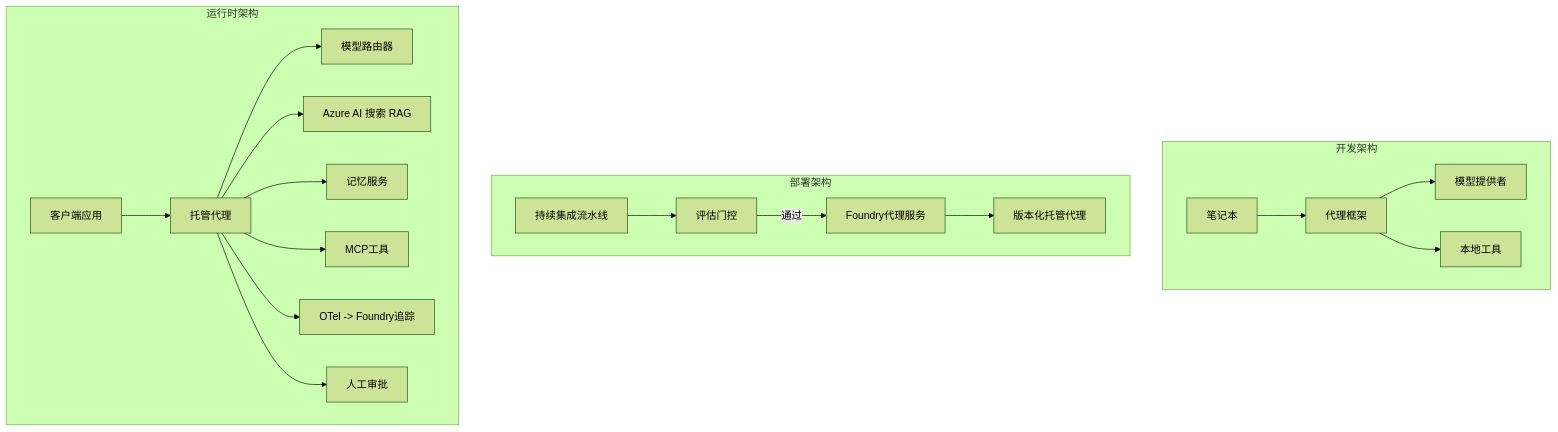
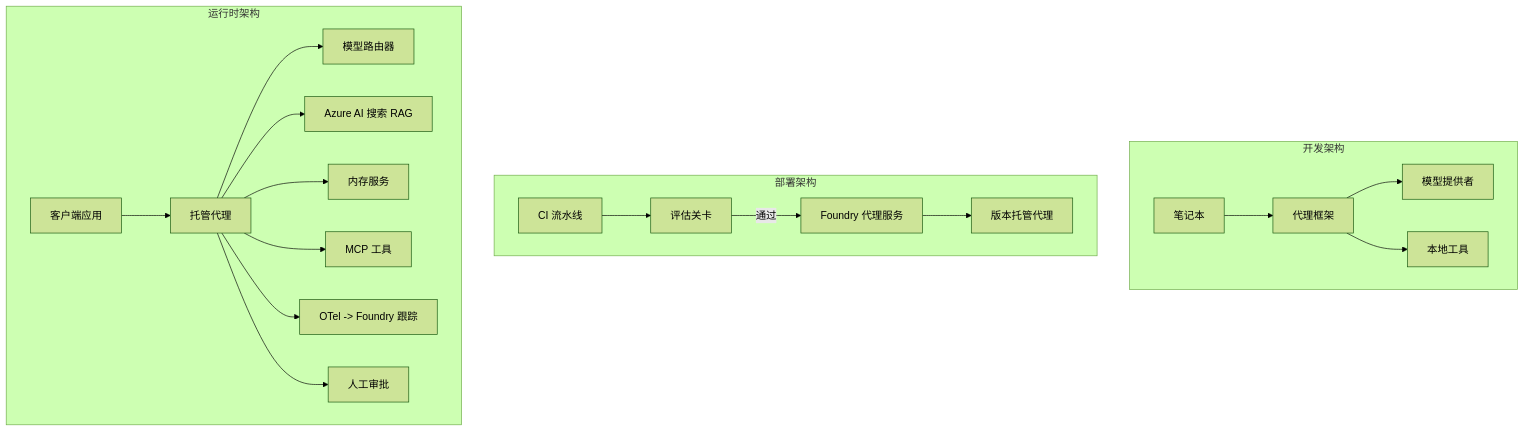
Before and after one commit to gabrielmoreira/agent-skills-mirror: the fourth of 4 diagrams in mirrors/repos/microsoft@ai-agents-for-beginners/translations/zh-CN/16-deploying-scalable-agents/README.md, drawn with Mermaid (forest theme). The commit also changed other lines of this file and 3581 other files, not shown here.

````diff
--- a/mirrors/repos/microsoft@ai-agents-for-beginners/translations/zh-CN/16-deploying-scalable-agents/README.md
+++ b/mirrors/repos/microsoft@ai-agents-for-beginners/translations/zh-CN/16-deploying-scalable-agents/README.md
@@ -185,22 +185,22 @@
 ```mermaid
 flowchart TB
     subgraph Dev[开发架构]
         D1[笔记本] --> D2[代理框架]
         D2 --> D3[模型提供者]
         D2 --> D4[本地工具]
     end
     subgraph Deploy[部署架构]
-        E1[持续集成流水线] --> E2[评估门控]
-        E2 -->|通过| E3[Foundry代理服务]
-        E3 --> E4[版本化托管代理]
+        E1[CI 流水线] --> E2[评估关卡]
+        E2 -->|通过| E3[Foundry 代理服务]
+        E3 --> E4[版本托管代理]
     end
     subgraph Run[运行时架构]
         F1[客户端应用] --> F2[托管代理]
         F2 --> F3[模型路由器]
         F2 --> F4[Azure AI 搜索 RAG]
-        F2 --> F5[记忆服务]
-        F2 --> F6[MCP工具]
-        F2 --> F7[OTel -> Foundry追踪]
+        F2 --> F5[内存服务]
+        F2 --> F6[MCP 工具]
+        F2 --> F7[OTel -> Foundry 跟踪]
         F2 --> F8[人工审批]
     end
 ```
````
